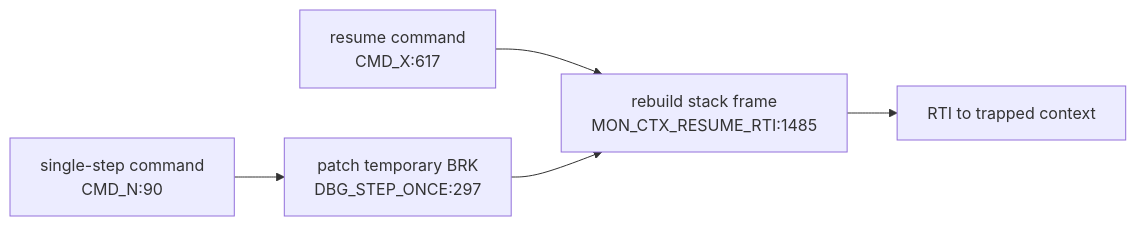
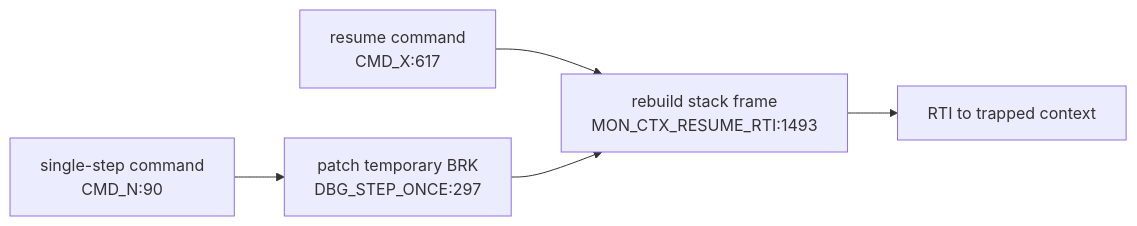
One commit to 95westus/R-YORS changed the sixth of 6 diagrams in DOC/GENERATED/INTERRUPT_VECTOR_MAP.md. Above: the diagram before and after it, drawn with Mermaid. The commit also changed other lines of this file and 94 other files, not shown here.

````diff
--- a/DOC/GENERATED/INTERRUPT_VECTOR_MAP.md
+++ b/DOC/GENERATED/INTERRUPT_VECTOR_MAP.md
@@ -92,7 +92,7 @@
 ```mermaid
 flowchart LR
-    CMDX["resume command<br/>CMD_X:617"] --> RESUME["rebuild stack frame<br/>MON_CTX_RESUME_RTI:1485"]
+    CMDX["resume command<br/>CMD_X:617"] --> RESUME["rebuild stack frame<br/>MON_CTX_RESUME_RTI:1493"]
     CMDN["single-step command<br/>CMD_N:90"] --> STEP["patch temporary BRK<br/>DBG_STEP_ONCE:297"]
     STEP --> RESUME
     RESUME --> RTIRES["RTI to trapped context"]
 ```
````
